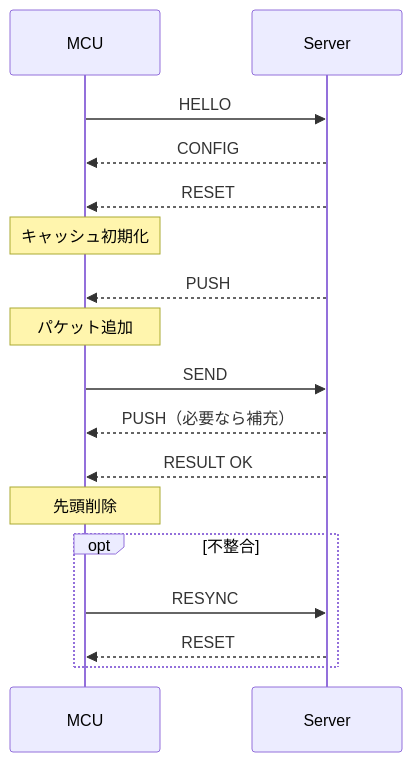
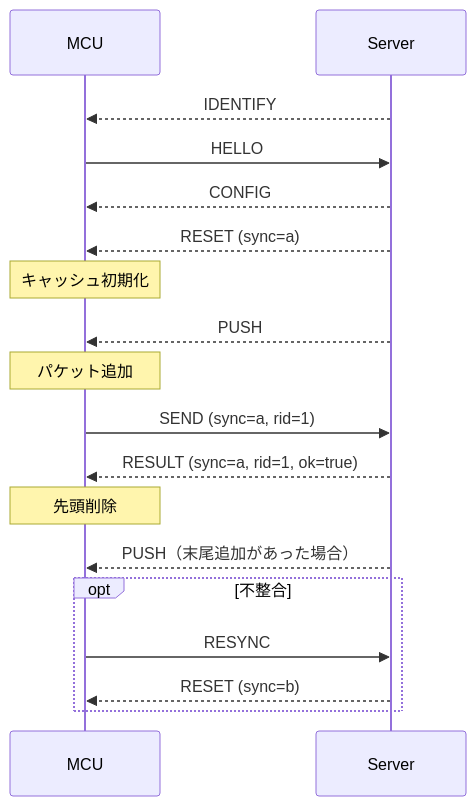
Before and after one commit to canta-9142/D4_Exhi: the diagram in docs/spec/player.md, drawn with Mermaid. The commit also changed other lines of this file and 5 other files, not shown here.

````diff
--- a/docs/spec/player.md
+++ b/docs/spec/player.md
@@ -91,19 +189,20 @@
 ```mermaid
 sequenceDiagram
     participant M as MCU
     participant S as Server
+    S-->>M: IDENTIFY
     M->>S: HELLO
     S-->>M: CONFIG
-    S-->>M: RESET
+    S-->>M: RESET (sync=a)
     Note over M: キャッシュ初期化
     S-->>M: PUSH
     Note over M: パケット追加
-    M->>S: SEND
-    S-->>M: PUSH（必要なら補充）
-    S-->>M: RESULT OK
+    M->>S: SEND (sync=a, rid=1)
+    S-->>M: RESULT (sync=a, rid=1, ok=true)
     Note over M: 先頭削除
+    S-->>M: PUSH（末尾追加があった場合）
     opt 不整合
         M->>S: RESYNC
-        S-->>M: RESET
+        S-->>M: RESET (sync=b)
     end
 ```
````
